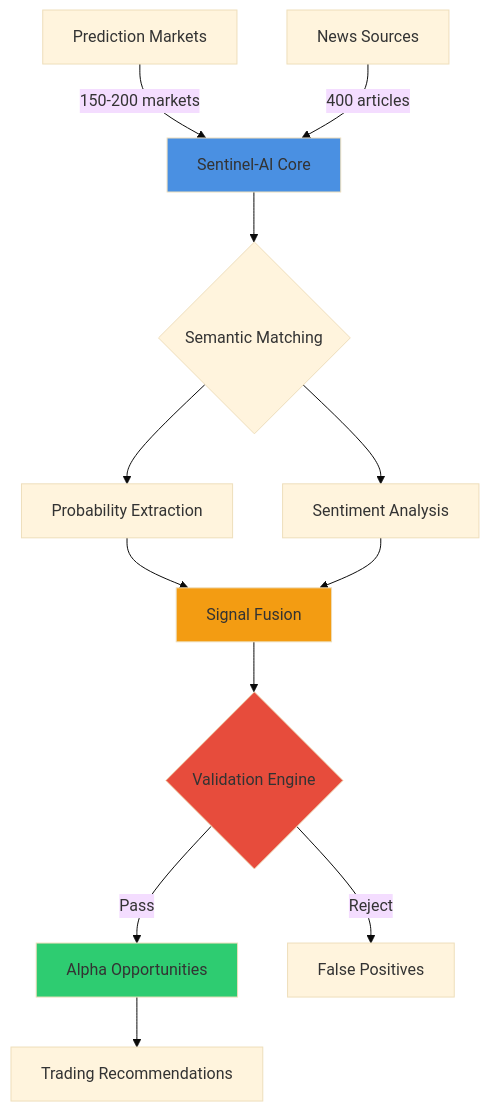
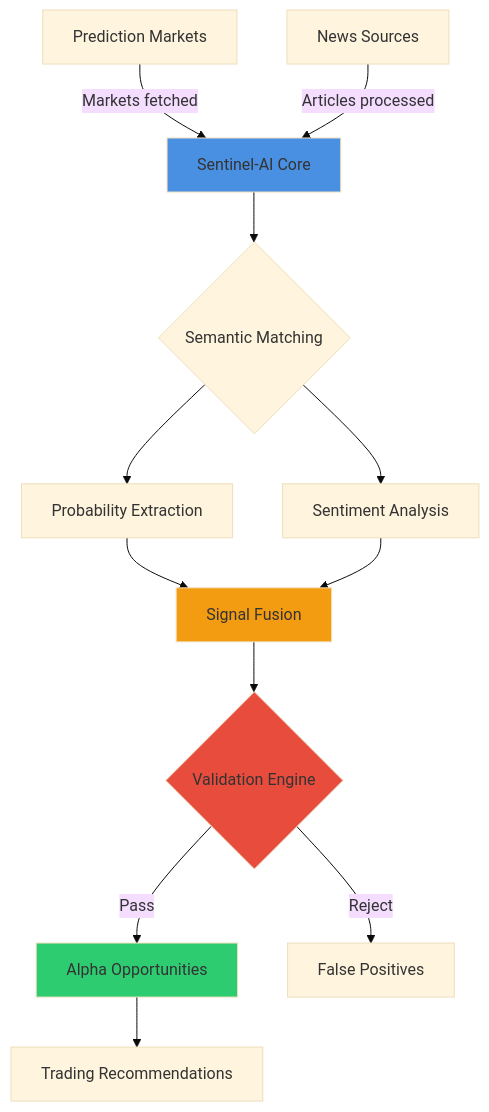
Before and after one commit to ssahoo11742/SentinelAI: the diagram in README.md, drawn with Mermaid (base theme). The commit also changed other lines of this file, not shown here.

````diff
--- a/README.md
+++ b/README.md
@@ -81,19 +48,19 @@
 ```mermaid
 flowchart TB
-    A[Prediction Markets] -->|150-200 markets| B[Sentinel-AI Core]
-    C[News Sources] -->|400 articles| B
+    A[Prediction Markets] -->|Markets fetched| B[Sentinel-AI Core]
+    C[News Sources] -->|Articles processed| B
     B --> D{Semantic Matching}
     D --> E[Probability Extraction]
     D --> F[Sentiment Analysis]
     E --> G[Signal Fusion]
     F --> G
     G --> H{Validation Engine}
     H -->|Pass| I[Alpha Opportunities]
     H -->|Reject| J[False Positives]
     I --> K[Trading Recommendations]
     
     style B fill:#4a90e2
     style G fill:#f39c12
     style H fill:#e74c3c
     style I fill:#2ecc71
 ```
````
